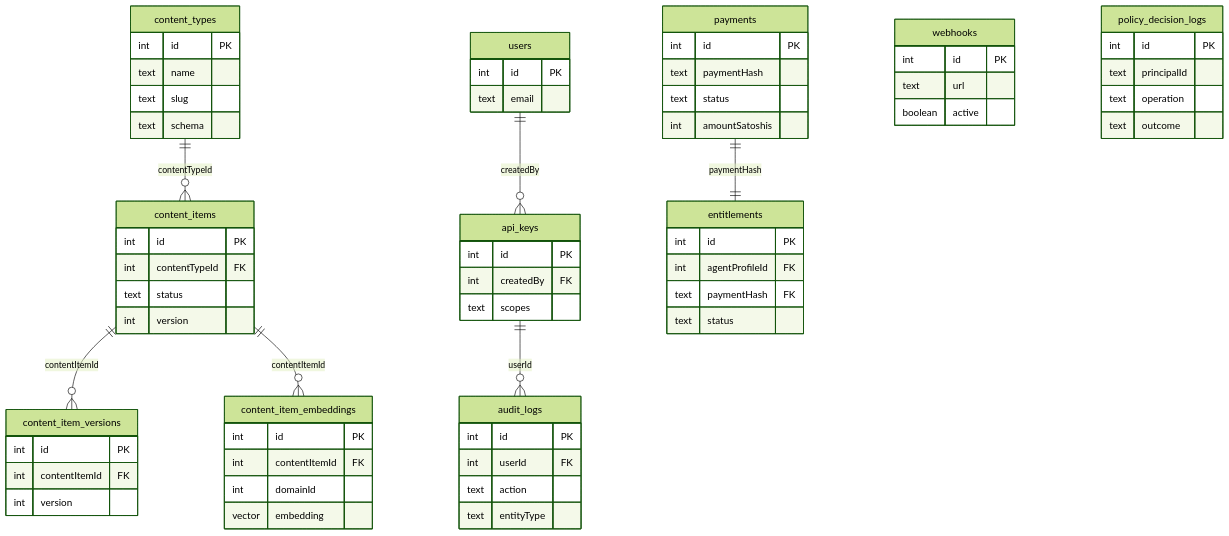
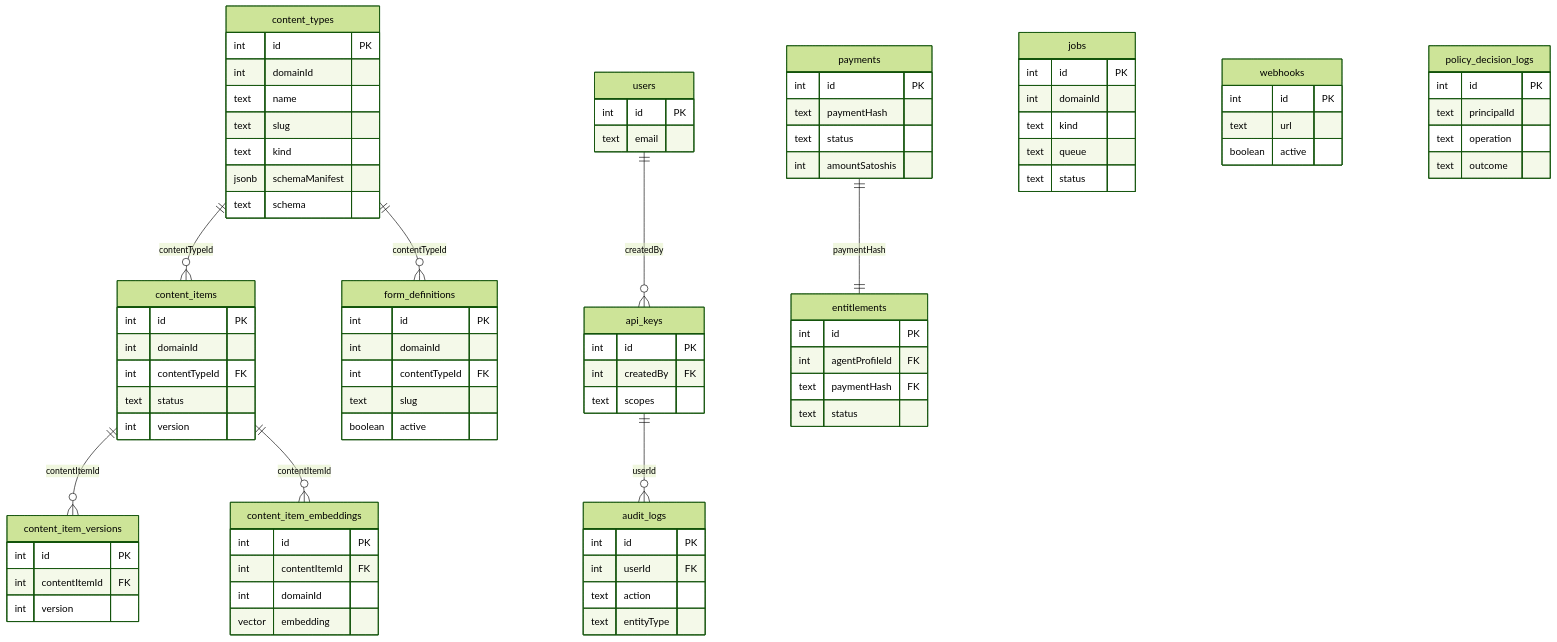
Before and after one commit to dligthart/wordclaw: the first of 2 diagrams in doc/reference/data-model.md, drawn with Mermaid (forest theme). The commit also changed other lines of this file and 87 other files, not shown here.

```diff
--- a/doc/reference/data-model.md
+++ b/doc/reference/data-model.md
@@ -7,19 +7,24 @@
   content_types ||--o{ content_items : "contentTypeId"
   content_items ||--o{ content_item_versions : "contentItemId"
   content_items ||--o{ content_item_embeddings : "contentItemId"
+  content_types ||--o{ form_definitions : "contentTypeId"
   users ||--o{ api_keys : "createdBy"
   api_keys ||--o{ audit_logs : "userId"
   payments ||--|| entitlements : "paymentHash"
 
   content_types {
     int id PK
+    int domainId
     text name
     text slug
+    text kind
+    jsonb schemaManifest
     text schema
   }
 
   content_items {
     int id PK
+    int domainId
     int contentTypeId FK
     text status
     int version
@@ -36,6 +41,22 @@
     int contentItemId FK
     int domainId
     vector embedding
+  }
+
+  form_definitions {
+    int id PK
+    int domainId
+    int contentTypeId FK
+    text slug
+    boolean active
+  }
+
+  jobs {
+    int id PK
+    int domainId
+    text kind
+    text queue
+    text status
   }
 
   users {
```
